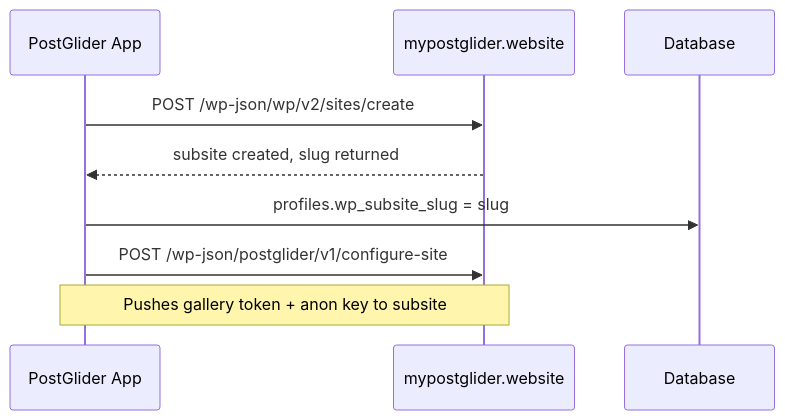
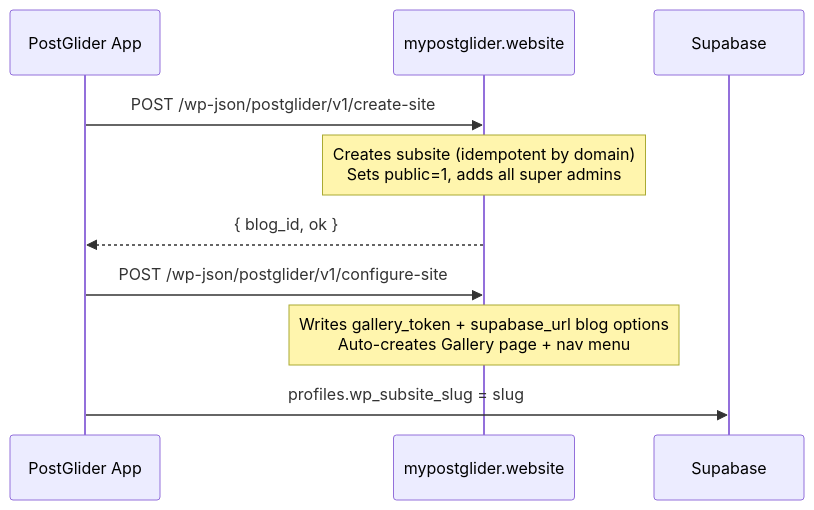
One commit to kenlyle2/documentationai-Docs changed the diagram in admin/wordpress-sites.mdx. Above: the diagram before and after it, drawn with Mermaid. The commit also changed other lines of this file and 2 other files, not shown here.

Commit message:
docs: Cloudflare Worker routing, gallery shortcode, provisioning flow, plugin structure, backfill procedure

````diff
--- a/admin/wordpress-sites.mdx
+++ b/admin/wordpress-sites.mdx
@@ -38,12 +38,13 @@
 ```mermaid
 sequenceDiagram
     participant App as PostGlider App
     participant WP as mypostglider.website
-    participant DB as Database
+    participant DB as Supabase
 
-    App->>WP: POST /wp-json/wp/v2/sites/create
-    WP-->>App: subsite created, slug returned
+    App->>WP: POST /wp-json/postglider/v1/create-site
+    Note over WP: Creates subsite (idempotent by domain)<br/>Sets public=1, adds all super admins
+    WP-->>App: { blog_id, ok }
+    App->>WP: POST /wp-json/postglider/v1/configure-site
+    Note over WP: Writes gallery_token + supabase_url blog options<br/>Auto-creates Gallery page + nav menu
     App->>DB: profiles.wp_subsite_slug = slug
-    App->>WP: POST /wp-json/postglider/v1/configure-site
-    Note over App,WP: Pushes gallery token + anon key to subsite
 ```
````
